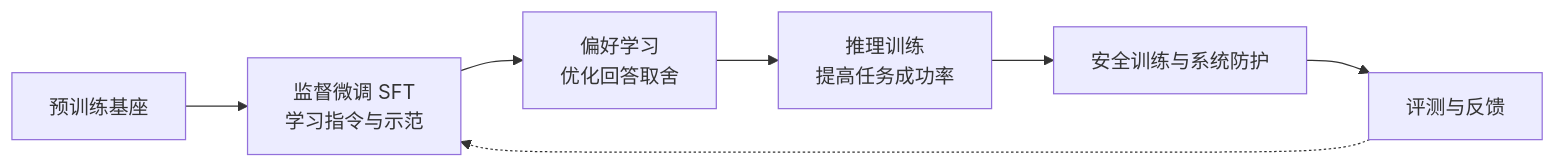
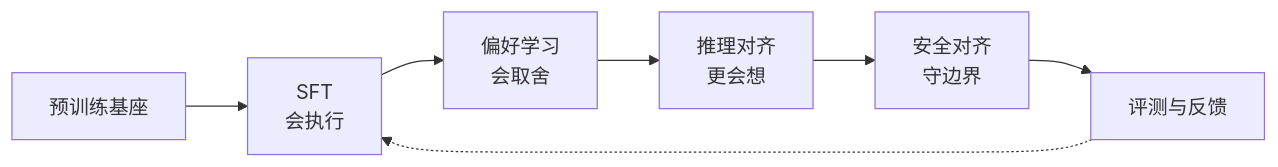
Before and after one commit to AI-learning-simple/Build-Your-Own-LLM: the first of 2 diagrams in 2. Alignment 与训练工程/12. 第二部分总结——从基础模型到现代 AI 助手.md, drawn with Mermaid. The commit also changed other lines of this file and 65 other files, not shown here.

````diff
--- a/2. Alignment 与训练工程/12. 第二部分总结——从基础模型到现代 AI 助手.md
+++ b/2. Alignment 与训练工程/12. 第二部分总结——从基础模型到现代 AI 助手.md
@@ -9,9 +23,9 @@
 ```mermaid
 flowchart LR
-    A[预训练基座] --> B[监督微调 SFT<br/>学习指令与示范]
-    B --> C[偏好学习<br/>优化回答取舍]
-    C --> D[推理训练<br/>提高任务成功率]
-    D --> E[安全训练与系统防护]
+    A[预训练基座] --> B[SFT<br/>会执行]
+    B --> C[偏好学习<br/>会取舍]
+    C --> D[推理对齐<br/>更会想]
+    D --> E[安全对齐<br/>守边界]
     E --> F[评测与反馈]
     F -.-> B
 ```
````
